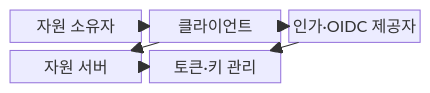
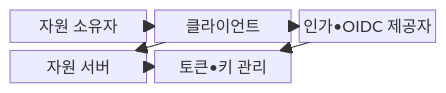
One commit to agnusdei1207/knowledge-base changed the first of 2 diagrams in src/content/docs/notes/05-security/057_oauth_oidc.md. Above: the diagram before and after it, drawn with Mermaid. The commit also changed other lines of this file and 953 other files, not shown here.

````diff
--- a/src/content/docs/notes/05-security/057_oauth_oidc.md
+++ b/src/content/docs/notes/05-security/057_oauth_oidc.md
@@ -64,14 +64,14 @@
 ```mermaid
 block-beta
   columns 3
   A["자원 소유자"]
   B["클라이언트"]
-  C["인가·OIDC 제공자"]
+  C["인가•OIDC 제공자"]
   D["자원 서버"]
-  E["토큰·키 관리"]
+  E["토큰•키 관리"]
     A --> B
     B --> C
     B --> D
     C --> E
     D --> E
 ```
````
